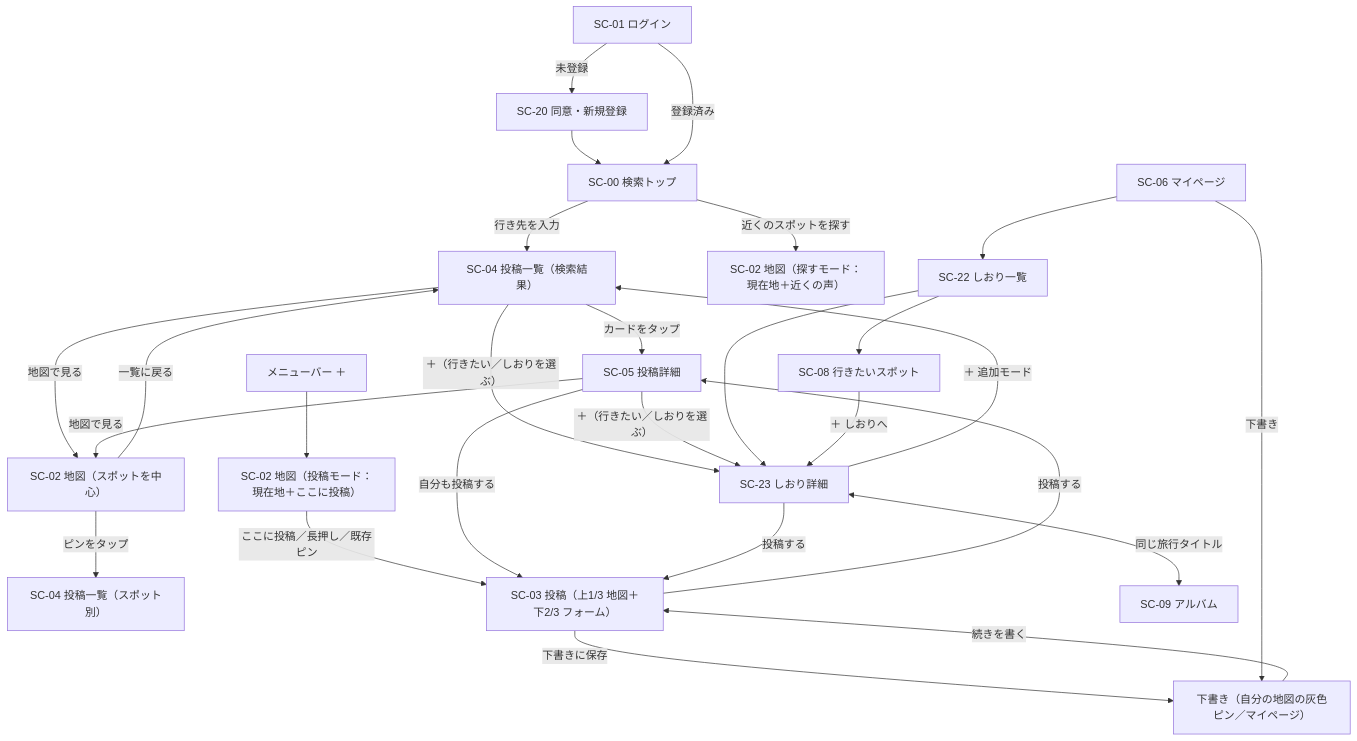
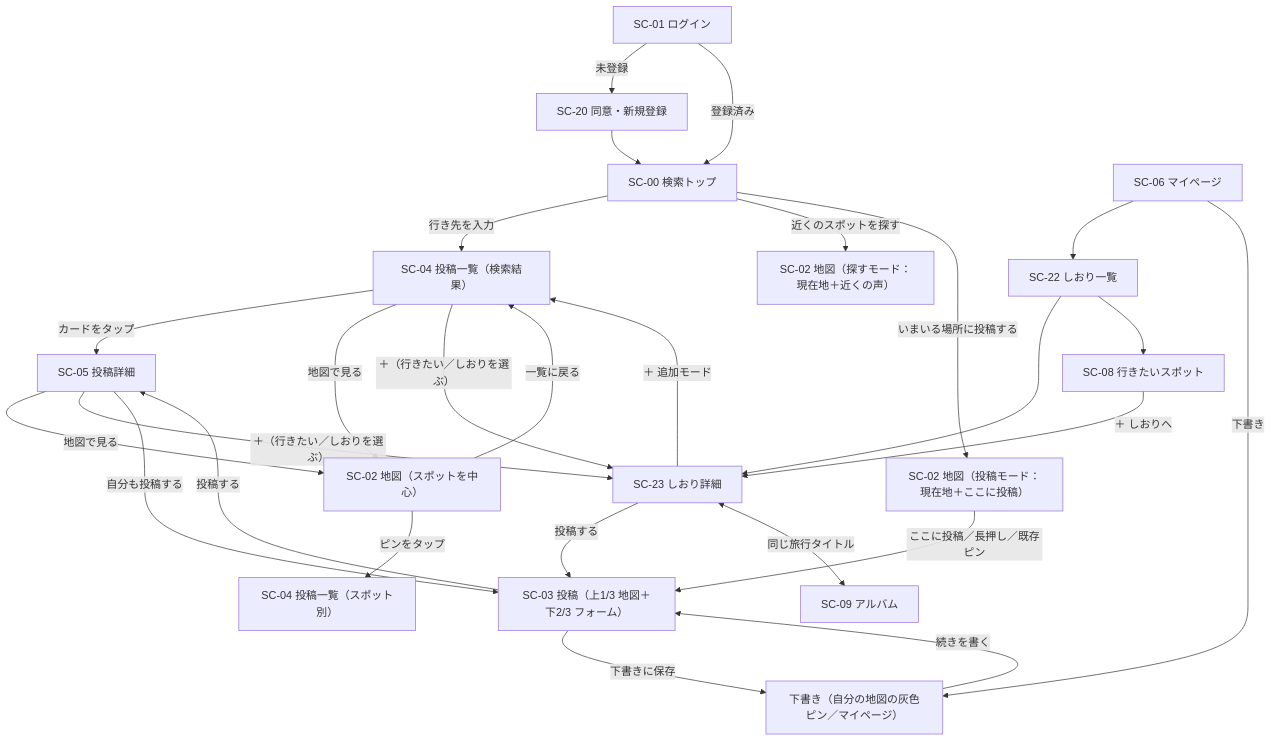
The diagram in docs/wireframes.md (junito0814/tabikoe), drawn with Mermaid before and after one commit. The commit also changed other lines of this file, not shown here.

Commit message:
docs(wireframes): 検索トップを「さがす・近くを見る・ここに投稿」のハブにし、メニューバーを 3 項目（さがす・通知・マイページ）に

````diff
--- a/docs/wireframes.md
+++ b/docs/wireframes.md
@@ -32,27 +32,27 @@
 ```mermaid
 flowchart TD
     L["SC-01 ログイン"] -->|未登録| C["SC-20 同意・新規登録"]
     C --> T
     L -->|登録済み| T["SC-00 検索トップ"]
     T -->|行き先を入力| P["SC-04 投稿一覧（検索結果）"]
     T -->|近くのスポットを探す| MN["SC-02 地図（探すモード：現在地＋近くの声）"]
     P -->|カードをタップ| D["SC-05 投稿詳細"]
     P -->|地図で見る| M["SC-02 地図（スポットを中心）"]
     D -->|地図で見る| M
     M -->|ピンをタップ| PS["SC-04 投稿一覧（スポット別）"]
     M -->|一覧に戻る| P
-    B["メニューバー ＋"] --> MP["SC-02 地図（投稿モード：現在地＋ここに投稿）"]
+    T -->|いまいる場所に投稿する| MP["SC-02 地図（投稿モード：現在地＋ここに投稿）"]
     MP -->|ここに投稿／長押し／既存ピン| N["SC-03 投稿（上1/3 地図＋下2/3 フォーム）"]
     N -->|投稿する| D
     N -->|下書きに保存| DR["下書き（自分の地図の灰色ピン／マイページ）"]
     DR -->|続きを書く| N
     P -->|＋（行きたい／しおりを選ぶ）| S["SC-23 しおり詳細"]
     D -->|＋（行きたい／しおりを選ぶ）| S
     D -->|自分も投稿する| N
     S -->|＋ 追加モード| P
     S -->|投稿する| N
     S <-->|同じ旅行タイトル| A["SC-09 アルバム"]
     MY["SC-06 マイページ"] --> SL["SC-22 しおり一覧"] --> S
     SL --> W["SC-08 行きたいスポット"] -->|＋ しおりへ| S
     MY -->|下書き| DR
 ```
````
